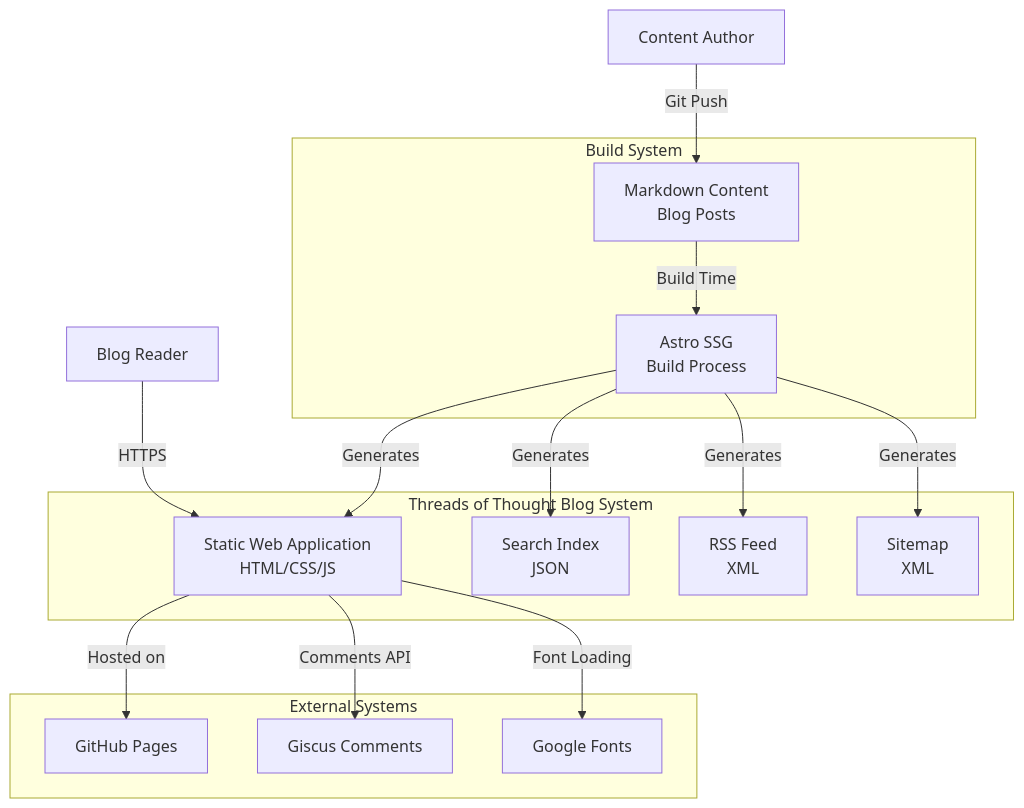
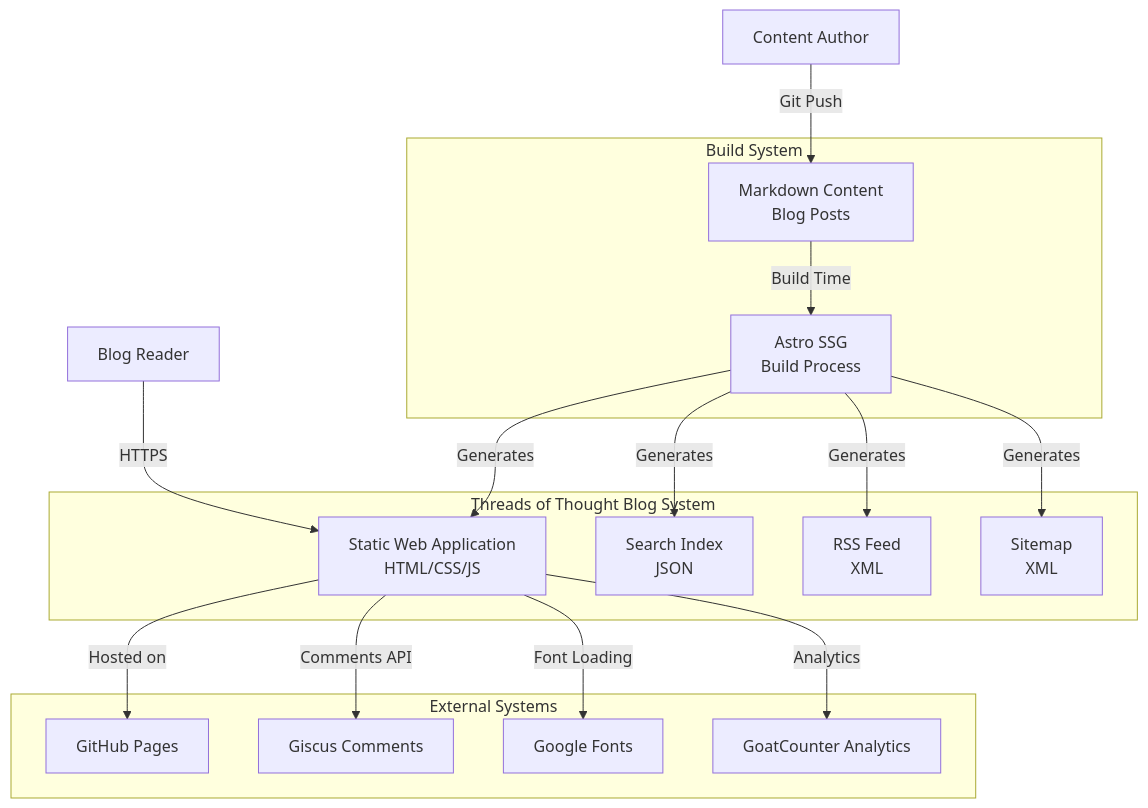
One commit to ikristina/ikristina.github.io changed the second of 12 diagrams in docs/architecture-diagrams.md. Above: the diagram before and after it, drawn with Mermaid. The commit also changed other lines of this file and 1 other file, not shown here.

Commit message:
docs: update documentation to include GoatCounter analytics

````diff
--- a/docs/architecture-diagrams.md
+++ b/docs/architecture-diagrams.md
@@ -29,33 +29,35 @@
 ```mermaid
 graph TB
     subgraph "Threads of Thought Blog System"
         WebApp[Static Web Application<br/>HTML/CSS/JS]
         SearchIndex[Search Index<br/>JSON]
         RSS[RSS Feed<br/>XML]
         Sitemap[Sitemap<br/>XML]
     end
     
     subgraph "Build System"
         AstroSSG[Astro SSG<br/>Build Process]
         MarkdownFiles[Markdown Content<br/>Blog Posts]
     end
     
     subgraph "External Systems"
         GitHubPages[GitHub Pages]
         Giscus[Giscus Comments]
         GoogleFonts[Google Fonts]
+        GoatCounter[GoatCounter Analytics]
     end
     
     User[Blog Reader] -->|HTTPS| WebApp
     Author[Content Author] -->|Git Push| MarkdownFiles
     
     MarkdownFiles -->|Build Time| AstroSSG
     AstroSSG -->|Generates| WebApp
     AstroSSG -->|Generates| SearchIndex
     AstroSSG -->|Generates| RSS
     AstroSSG -->|Generates| Sitemap
     
     WebApp -->|Hosted on| GitHubPages
     WebApp -->|Comments API| Giscus
     WebApp -->|Font Loading| GoogleFonts
+    WebApp -->|Analytics| GoatCounter
 ```
````
